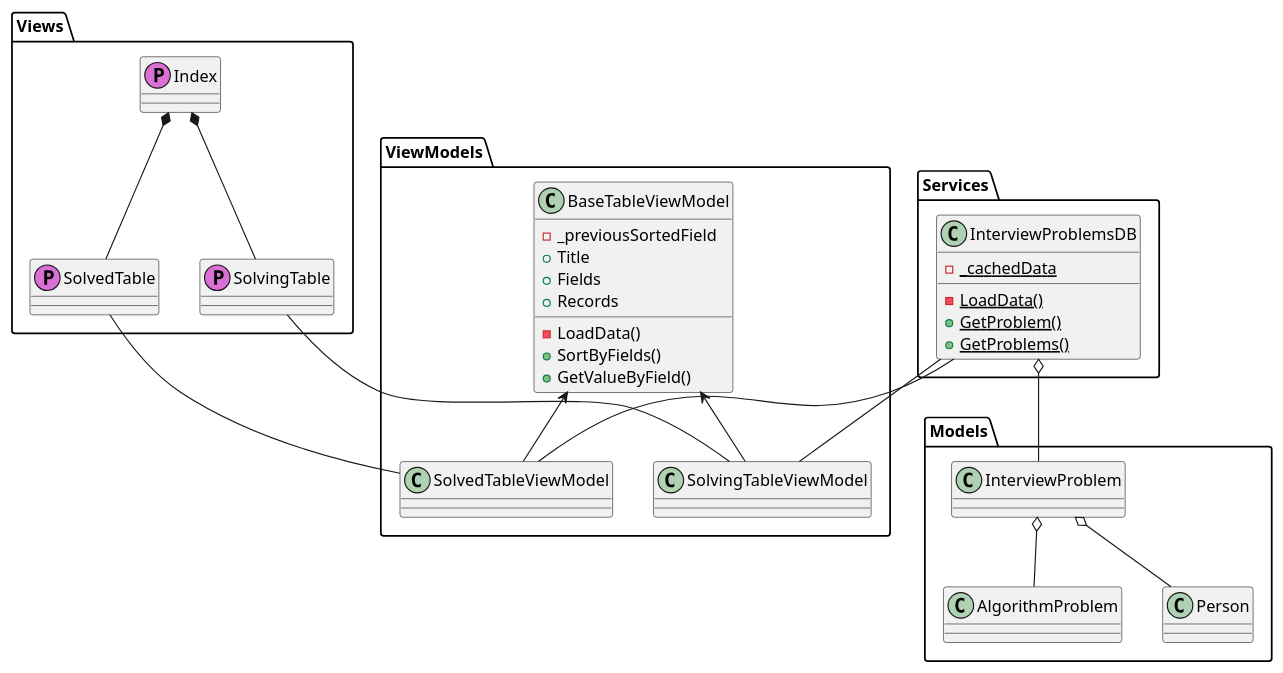
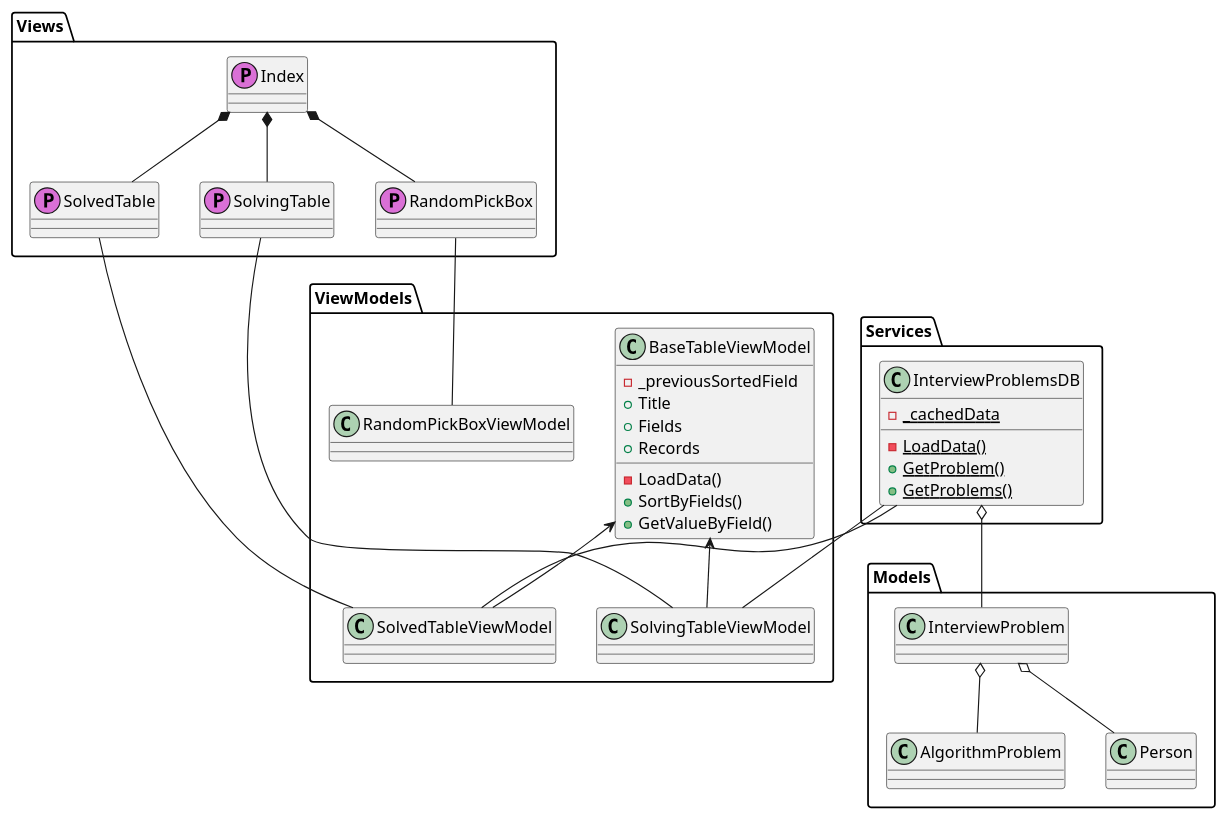
Before and after one commit to HakkyuKim/Algorithm-Interview-Butler: the diagram in 문서/2-개발디자인문서.md, drawn with PlantUML. The commit also changed 2 other files, not shown here.

Commit message:
개발디자인 문서 업데이트 vscode conf 업데이트

````diff
--- a/문서/2-개발디자인문서.md
+++ b/문서/2-개발디자인문서.md
@@ -59,50 +59,54 @@
 ```plantuml
 @startuml
 package Views {
   class Index << (P, orchid) >>
   class SolvedTable << (P, orchid) >>
   class SolvingTable << (P, orchid) >>
+  class RandomPickBox << (P, orchid) >>
 }
 
 package ViewModels {
   class BaseTableViewModel {
     -_previousSortedField
     +Title
     +Fields
     +Records
     -LoadData()
     +SortByFields()
     +GetValueByField()
   }
   class SolvedTableViewModel
   class SolvingTableViewModel
+  class RandomPickBoxViewModel
 }
 
 package Models {
   class InterviewProblem
   class AlgorithmProblem
   class Person
 }
 
 package Services {
   class InterviewProblemsDB {
     {static} -_cachedData
     {static} -LoadData()
     {static} +GetProblem()
     {static} +GetProblems()
   }
 }
 
 InterviewProblemsDB o-- InterviewProblem
 InterviewProblemsDB -- SolvedTableViewModel
 InterviewProblemsDB -- SolvingTableViewModel
 BaseTableViewModel <-- SolvedTableViewModel
 BaseTableViewModel <-- SolvingTableViewModel
 SolvedTable -- SolvedTableViewModel
 SolvingTable -- SolvingTableViewModel
+RandomPickBox -- RandomPickBoxViewModel
 InterviewProblem o-- Person
 InterviewProblem o-- AlgorithmProblem
 Index *-- SolvedTable
 Index *-- SolvingTable
+Index *-- RandomPickBox
 @enduml
 ```
````
